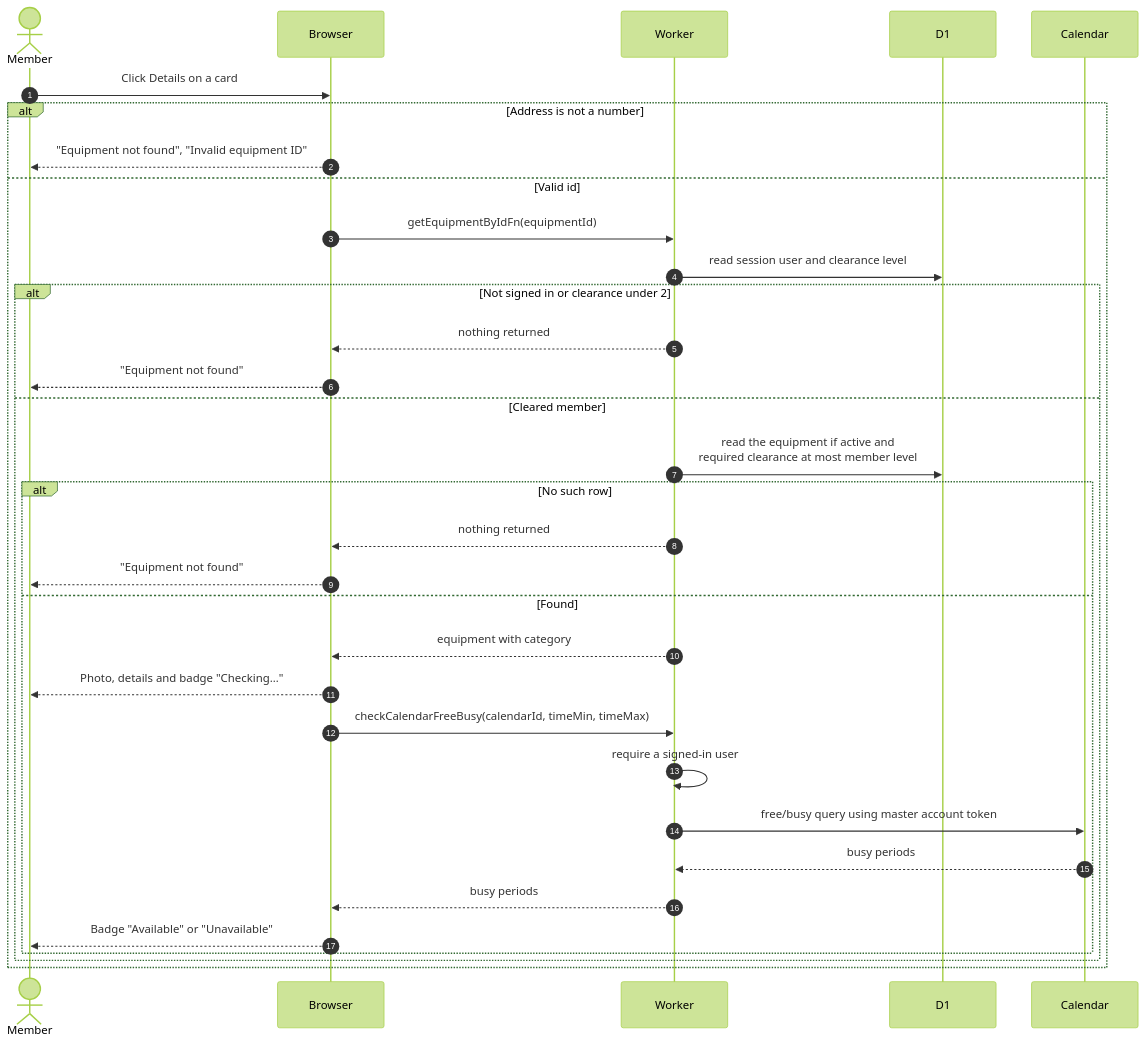
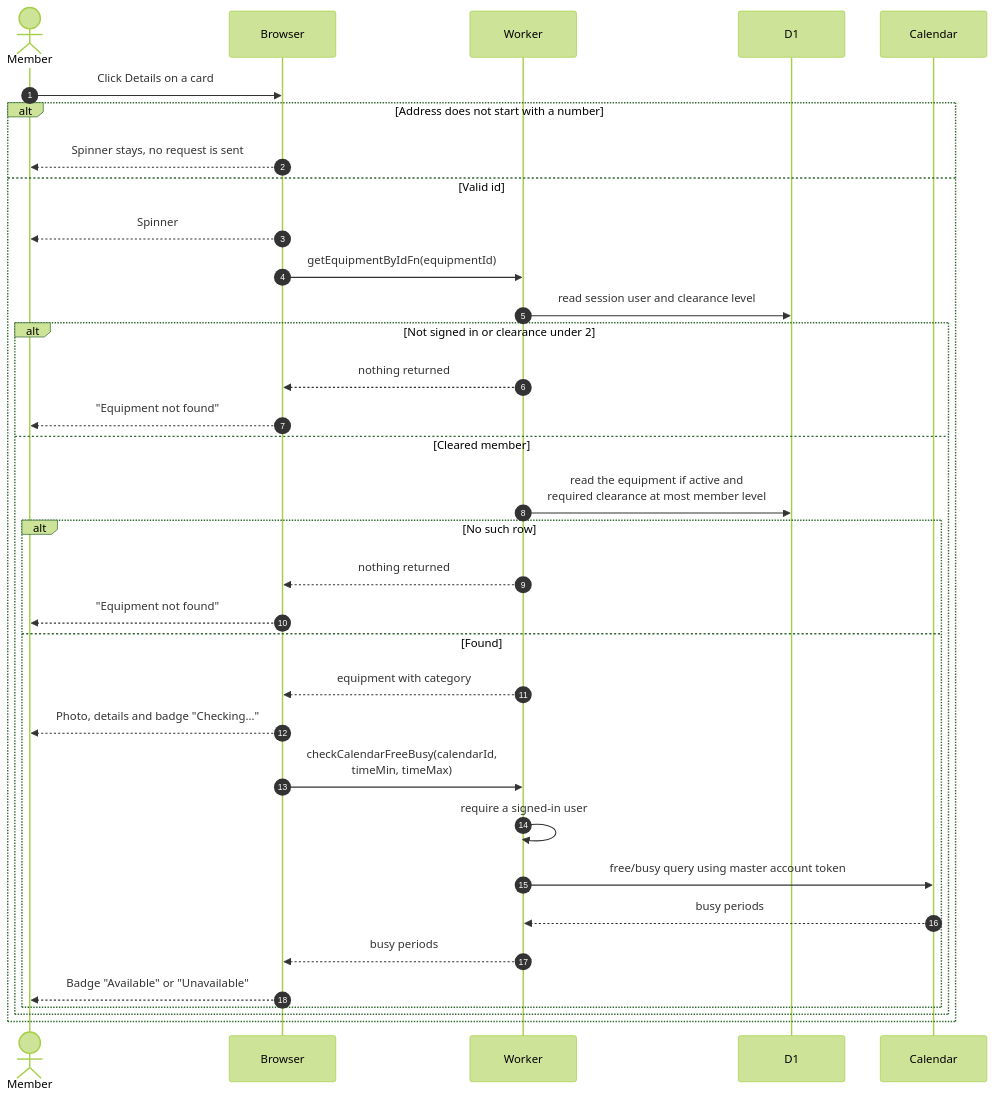
The diagram in docs/scenarios/equipment/equipment-detail.md (sagyzdop/meriksirat), drawn with Mermaid (forest theme) before and after one commit. The commit also changed other lines of this file and 10 other files, not shown here.

Commit message:
docs(scenarios): verify equipment diagrams against the code

````diff
--- a/docs/scenarios/equipment/equipment-detail.md
+++ b/docs/scenarios/equipment/equipment-detail.md
@@ -25,35 +34,36 @@
 ```mermaid
 sequenceDiagram
     autonumber
     actor M as Member
     participant B as Browser
     participant W as Worker
     participant D as D1
     participant C as Calendar
     M->>B: Click Details on a card
-    alt Address is not a number
-        B-->>M: "Equipment not found", "Invalid equipment ID"
+    alt Address does not start with a number
+        B-->>M: Spinner stays, no request is sent
     else Valid id
+        B-->>M: Spinner
         B->>W: getEquipmentByIdFn(equipmentId)
         W->>D: read session user and clearance level
         alt Not signed in or clearance under 2
             W-->>B: nothing returned
             B-->>M: "Equipment not found"
         else Cleared member
             W->>D: read the equipment if active and<br/>required clearance at most member level
             alt No such row
                 W-->>B: nothing returned
                 B-->>M: "Equipment not found"
             else Found
                 W-->>B: equipment with category
                 B-->>M: Photo, details and badge "Checking…"
-                B->>W: checkCalendarFreeBusy(calendarId, timeMin, timeMax)
+                B->>W: checkCalendarFreeBusy(calendarId,<br/>timeMin, timeMax)
                 W->>W: require a signed-in user
                 W->>C: free/busy query using master account token
                 C-->>W: busy periods
                 W-->>B: busy periods
                 B-->>M: Badge "Available" or "Unavailable"
             end
         end
     end
 ```
````
